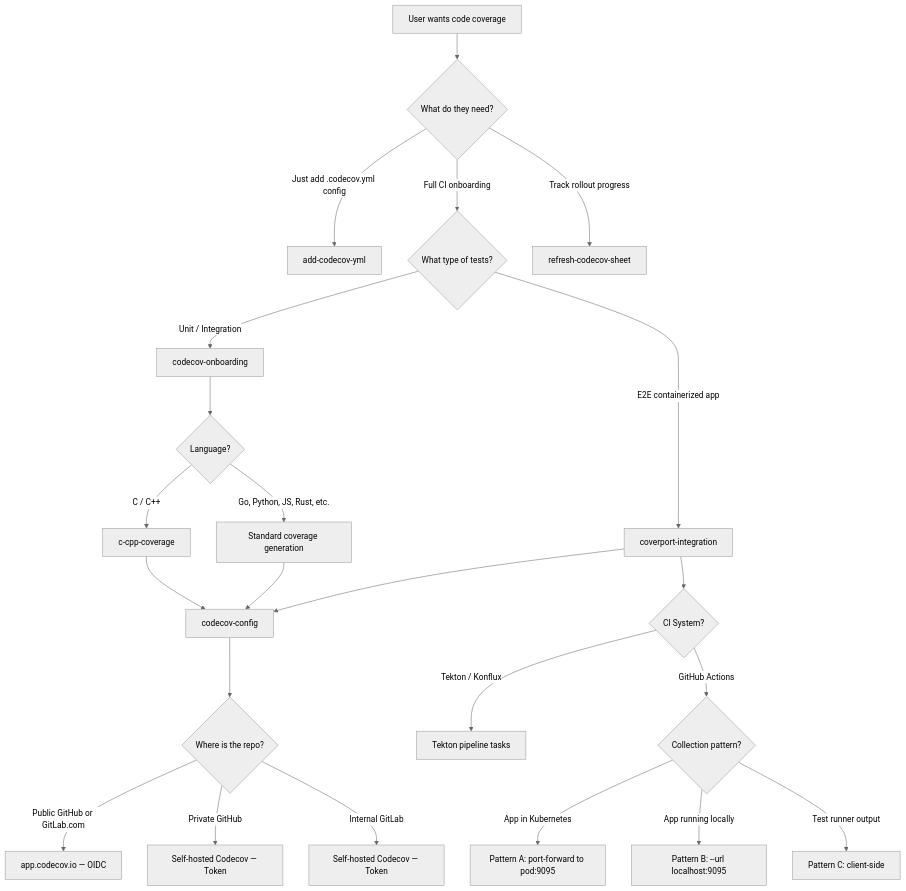
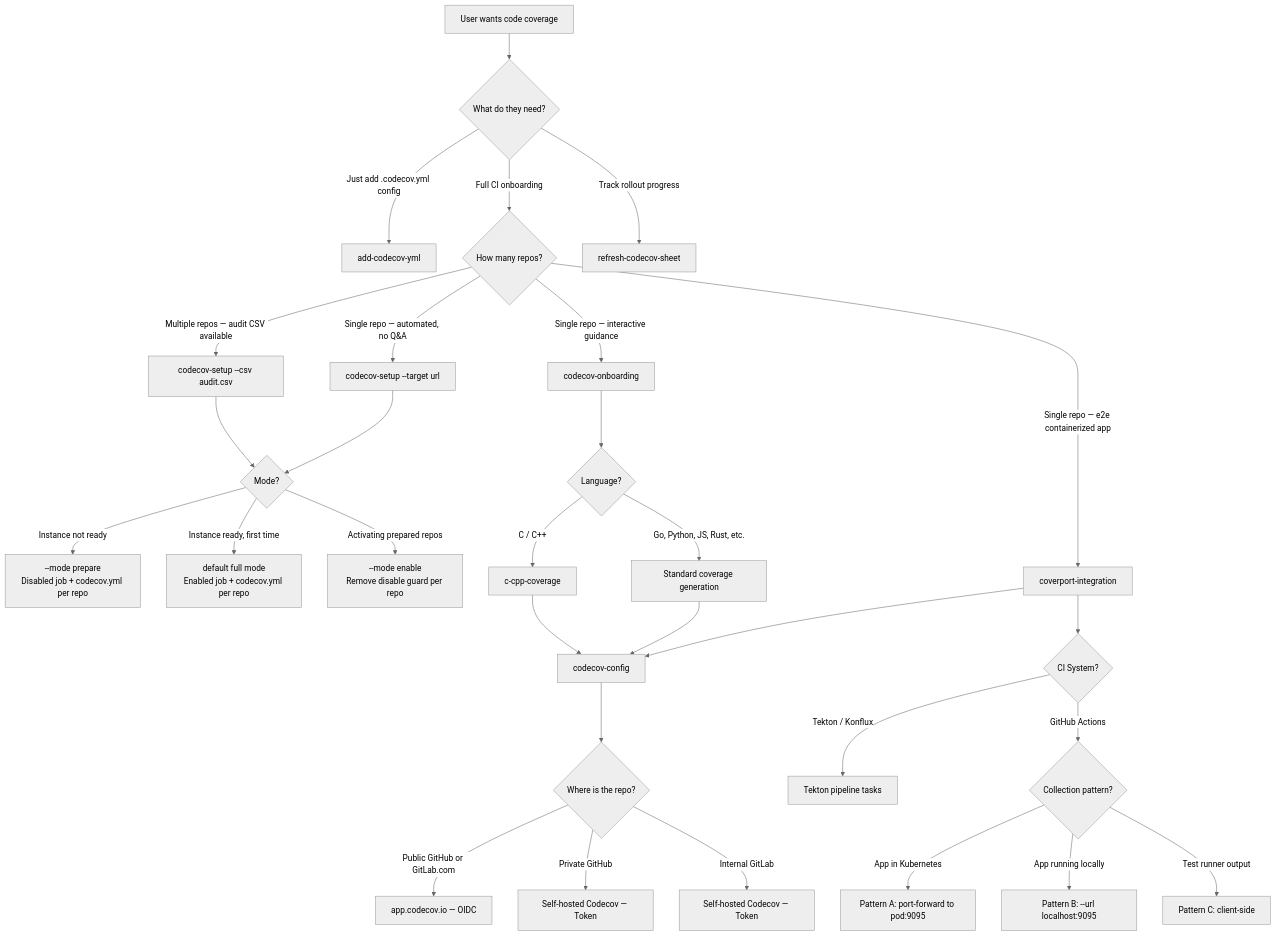
The diagram in .claude/skills/DECISION_TREE.md (konflux-ci/coverport), drawn with Mermaid (neutral theme) before and after one commit.

Commit message:
docs: update DECISION_TREE.md to add codecov-setup entry point

````diff
--- a/.claude/skills/DECISION_TREE.md
+++ b/.claude/skills/DECISION_TREE.md
@@ -3,32 +3,41 @@
 ```mermaid
 graph TD
     A[User wants code coverage] --> AA{What do they need?}
 
     AA -->|Just add .codecov.yml config| AB[add-codecov-yml]
-    AA -->|Full CI onboarding| B{What type of tests?}
+    AA -->|Full CI onboarding| B{How many repos?}
     AA -->|Track rollout progress| AC[refresh-codecov-sheet]
 
-    B -->|Unit / Integration| C[codecov-onboarding]
-    B -->|E2E containerized app| D[coverport-integration]
+    B -->|Multiple repos — audit CSV available| C[codecov-setup --csv audit.csv]
+    B -->|Single repo — automated, no Q&A| D[codecov-setup --target url]
+    B -->|Single repo — interactive guidance| E[codecov-onboarding]
+    B -->|Single repo — e2e containerized app| F[coverport-integration]
 
-    C --> E{Language?}
-    E -->|C / C++| F[c-cpp-coverage]
-    E -->|Go, Python, JS, Rust, etc.| G[Standard coverage generation]
+    C --> G{Mode?}
+    G -->|Instance not ready| H[--mode prepare\nDisabled job + codecov.yml per repo]
+    G -->|Instance ready, first time| I[default full mode\nEnabled job + codecov.yml per repo]
+    G -->|Activating prepared repos| J[--mode enable\nRemove disable guard per repo]
 
-    F --> H[codecov-config]
-    G --> H
-    D --> H
+    D --> G
 
-    D --> I{CI System?}
-    I -->|Tekton / Konflux| J[Tekton pipeline tasks]
-    I -->|GitHub Actions| K{Collection pattern?}
+    E --> K{Language?}
+    K -->|C / C++| L[c-cpp-coverage]
+    K -->|Go, Python, JS, Rust, etc.| M[Standard coverage generation]
 
-    K -->|App in Kubernetes| L[Pattern A: port-forward to pod:9095]
-    K -->|App running locally| M[Pattern B: --url localhost:9095]
-    K -->|Test runner output| N[Pattern C: client-side]
+    L --> N[codecov-config]
+    M --> N
+    F --> N
 
-    H --> O{Where is the repo?}
-    O -->|Public GitHub or GitLab.com| P[app.codecov.io — OIDC]
-    O -->|Private GitHub| Q[Self-hosted Codecov — Token]
-    O -->|Internal GitLab| R[Self-hosted Codecov — Token]
+    F --> O{CI System?}
+    O -->|Tekton / Konflux| P[Tekton pipeline tasks]
+    O -->|GitHub Actions| Q{Collection pattern?}
+
+    Q -->|App in Kubernetes| R[Pattern A: port-forward to pod:9095]
+    Q -->|App running locally| S[Pattern B: --url localhost:9095]
+    Q -->|Test runner output| T[Pattern C: client-side]
+
+    N --> U{Where is the repo?}
+    U -->|Public GitHub or GitLab.com| V[app.codecov.io — OIDC]
+    U -->|Private GitHub| W[Self-hosted Codecov — Token]
+    U -->|Internal GitLab| X[Self-hosted Codecov — Token]
 ```
````
